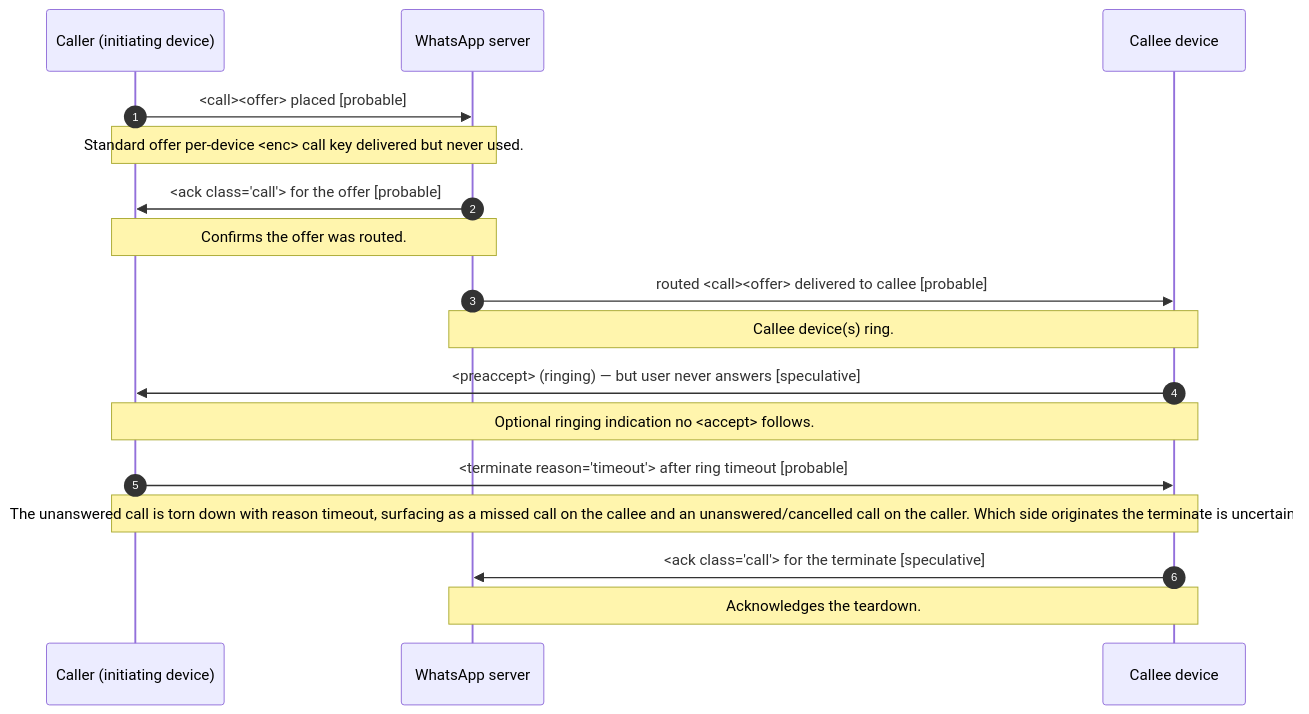
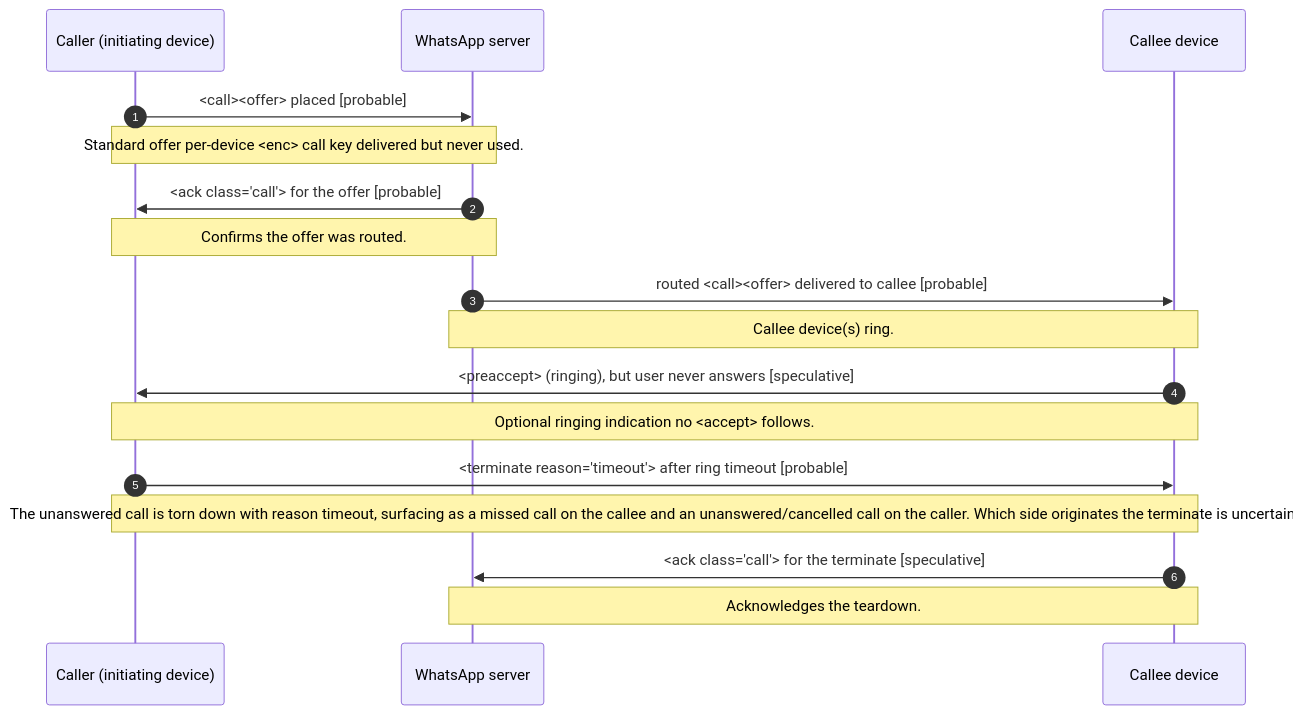
One commit to WhiskeySockets/wacrg changed the diagram in docs/spec/flows/call-missed-timeout.md. Above: the diagram before and after it, drawn with Mermaid. The commit also changed other lines of this file and 94 other files, not shown here.

````diff
--- a/docs/spec/flows/call-missed-timeout.md
+++ b/docs/spec/flows/call-missed-timeout.md
@@ -14,19 +14,19 @@
 ```mermaid
 sequenceDiagram
   autonumber
   participant caller as Caller (initiating device)
   participant server as WhatsApp server
   participant callee as Callee device
   caller->>server: <call><offer> placed [probable]
   Note over caller,server: Standard offer per-device <enc> call key delivered but never used.
   server->>caller: <ack class='call'> for the offer [probable]
   Note over server,caller: Confirms the offer was routed.
   server->>callee: routed <call><offer> delivered to callee [probable]
   Note over server,callee: Callee device(s) ring.
-  callee->>caller: <preaccept> (ringing) — but user never answers [speculative]
+  callee->>caller: <preaccept> (ringing), but user never answers [speculative]
   Note over callee,caller: Optional ringing indication no <accept> follows.
   caller->>callee: <terminate reason='timeout'> after ring timeout [probable]
   Note over caller,callee: The unanswered call is torn down with reason timeout, surfacing as a missed call on the callee and an unanswered/cancelled call on the caller. Which side originates the terminate is uncertain.
   callee->>server: <ack class='call'> for the terminate [speculative]
   Note over callee,server: Acknowledges the teardown.
 ```
````
